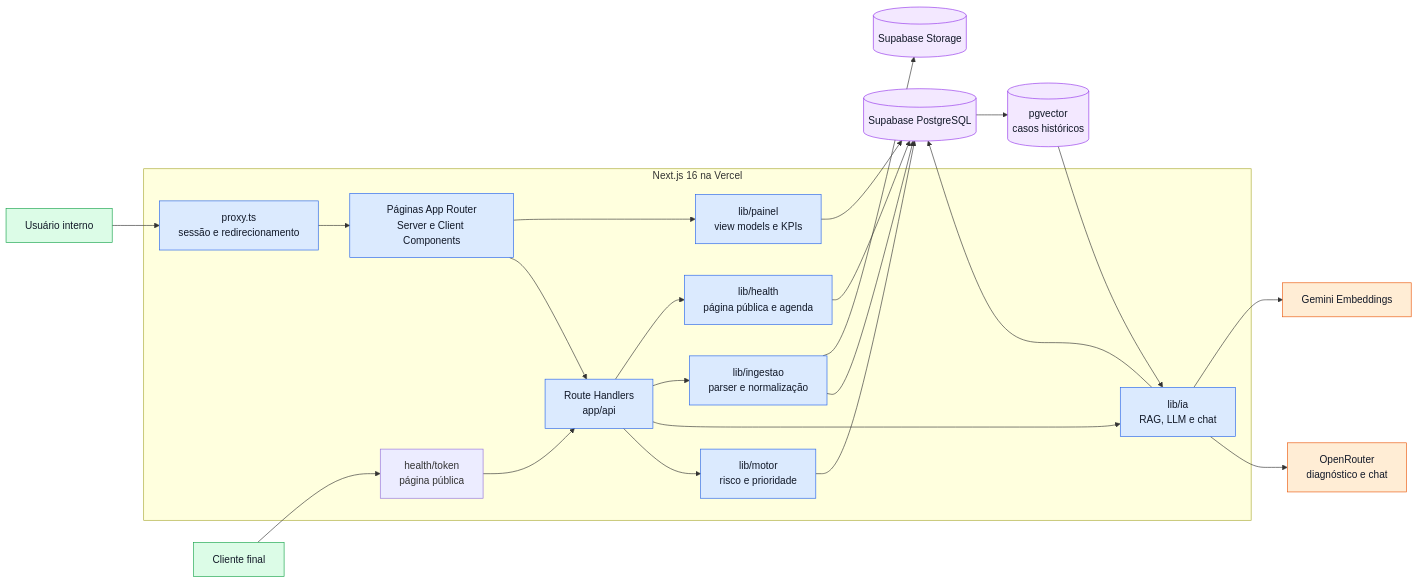
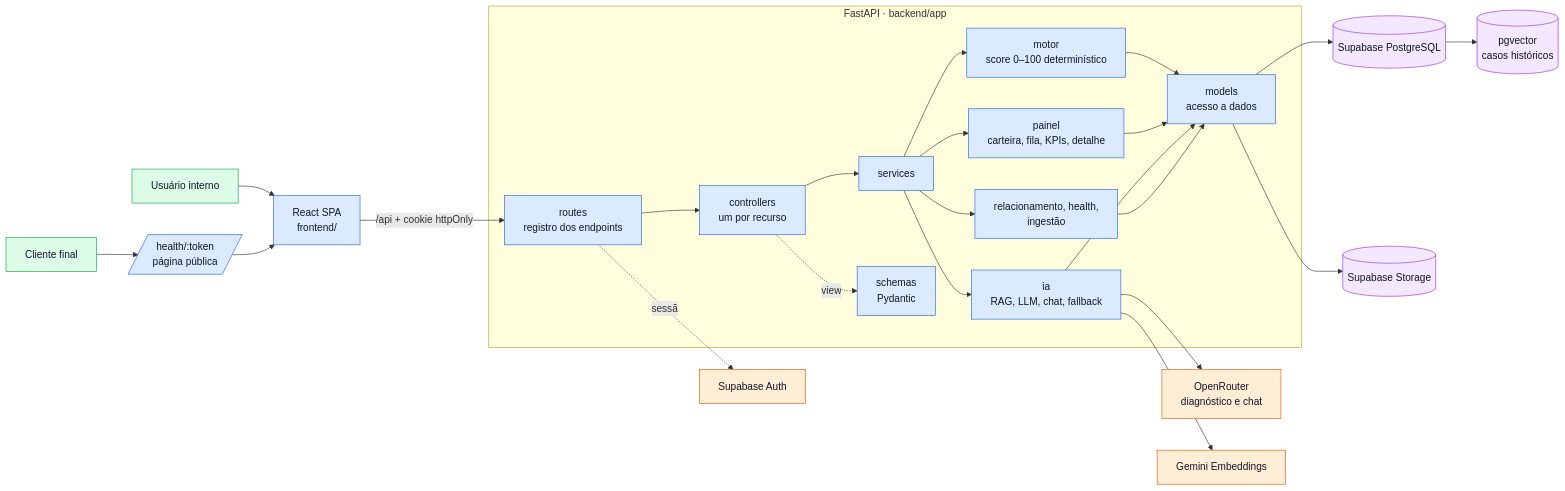
Before and after one commit to Hugoalmeida0/Sinalys: the first of 3 diagrams in docs/fluxograma-projeto-mermaid.md, drawn with Mermaid. The commit also changed other lines of this file and 4 other files, not shown here.

````diff
--- a/docs/fluxograma-projeto-mermaid.md
+++ b/docs/fluxograma-projeto-mermaid.md
@@ -7,37 +7,38 @@
 ```mermaid
 flowchart LR
-    U[Usuário interno] --> PX[proxy.ts<br/>sessão e redirecionamento]
-    C[Cliente final] --> HP[health/token<br/>página pública]
+    U[Usuário interno] --> SPA[React SPA<br/>frontend/]
+    C[Cliente final] --> HP[/health/:token<br/>página pública/]
+    HP --> SPA
 
-    subgraph NEXT[Next.js 16 na Vercel]
-        PX --> UI[Páginas App Router<br/>Server e Client Components]
-        UI --> RH[Route Handlers<br/>app/api]
-        HP --> RH
+    SPA -->|/api + cookie httpOnly| RT
 
-        UI --> PAINEL[lib/painel<br/>view models e KPIs]
-        RH --> MOTOR[lib/motor<br/>risco e prioridade]
-        RH --> IA[lib/ia<br/>RAG, LLM e chat]
-        RH --> ING[lib/ingestao<br/>parser e normalização]
-        RH --> HEALTH[lib/health<br/>página pública e agenda]
+    subgraph API[FastAPI · backend/app]
+        RT[routes<br/>registro dos endpoints] --> CT[controllers<br/>um por recurso]
+        CT --> SV[services]
+        SV --> MOTOR[motor<br/>score 0–100 determinístico]
+        SV --> PAINEL[painel<br/>carteira, fila, KPIs, detalhe]
+        SV --> IA[ia<br/>RAG, LLM, chat, fallback]
+        SV --> OUT[relacionamento, health,<br/>ingestão]
+        MOTOR --> MD[models<br/>acesso a dados]
+        PAINEL --> MD
+        IA --> MD
+        OUT --> MD
+        CT -.view.-> SC[schemas<br/>Pydantic]
     end
 
-    PAINEL --> DB[(Supabase PostgreSQL)]
-    MOTOR --> DB
-    ING --> DB
-    ING --> ST[(Supabase Storage)]
-    HEALTH --> DB
-    IA --> DB
+    MD --> DB[(Supabase PostgreSQL)]
+    MD --> ST[(Supabase Storage)]
+    DB --> VEC[(pgvector<br/>casos históricos)]
     IA --> OR[OpenRouter<br/>diagnóstico e chat]
     IA --> GE[Gemini Embeddings]
-    DB --> VEC[(pgvector<br/>casos históricos)]
-    VEC --> IA
+    RT -.sessão.-> AUTH[Supabase Auth]
 
     classDef pessoa fill:#dcfce7,stroke:#16a34a,color:#111827;
-    classDef next fill:#dbeafe,stroke:#2563eb,color:#111827;
+    classDef app fill:#dbeafe,stroke:#2563eb,color:#111827;
     classDef data fill:#f3e8ff,stroke:#9333ea,color:#111827;
     classDef external fill:#ffedd5,stroke:#ea580c,color:#111827;
     class U,C pessoa;
-    class PX,UI,RH,PAINEL,MOTOR,IA,ING,HEALTH next;
+    class SPA,HP,RT,CT,SV,MOTOR,PAINEL,IA,OUT,MD,SC app;
     class DB,ST,VEC data;
-    class OR,GE external;
+    class OR,GE,AUTH external;
 ```
````
